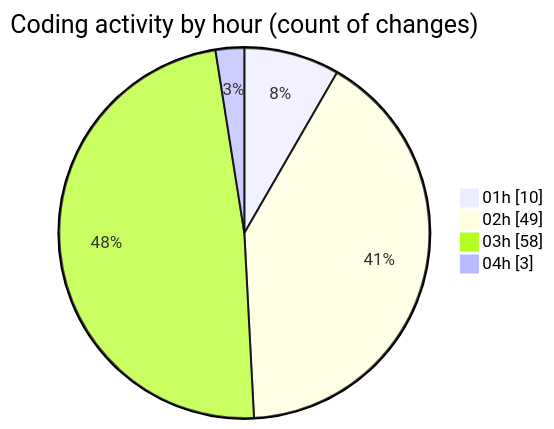
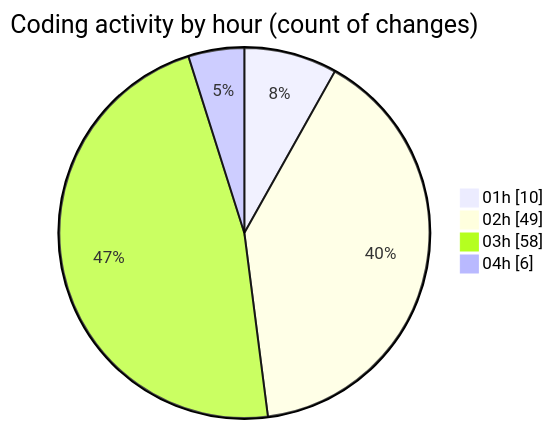
One commit to julien-gomy/code-tracking changed the second of 2 diagrams in 2025-11-21/eventscop-frontend-guide__workspace_/README.md. Above: the diagram before and after it, drawn with Mermaid. The commit also changed other lines of this file and 1 other file, not shown here.

````diff
--- a/2025-11-21/eventscop-frontend-guide__workspace_/README.md
+++ b/2025-11-21/eventscop-frontend-guide__workspace_/README.md
@@ -69,8 +69,8 @@
 ```mermaid
 pie showData
 title Coding activity by hour (count of changes)
 "01h" : 10
 "02h" : 49
 "03h" : 58
-"04h" : 3
+"04h" : 6
 ```
````
